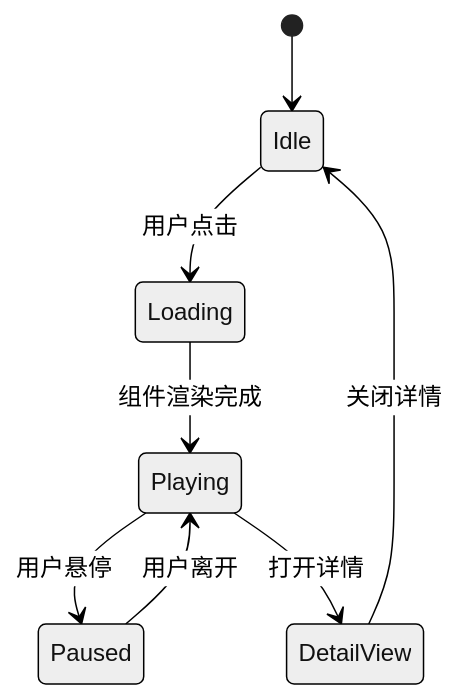
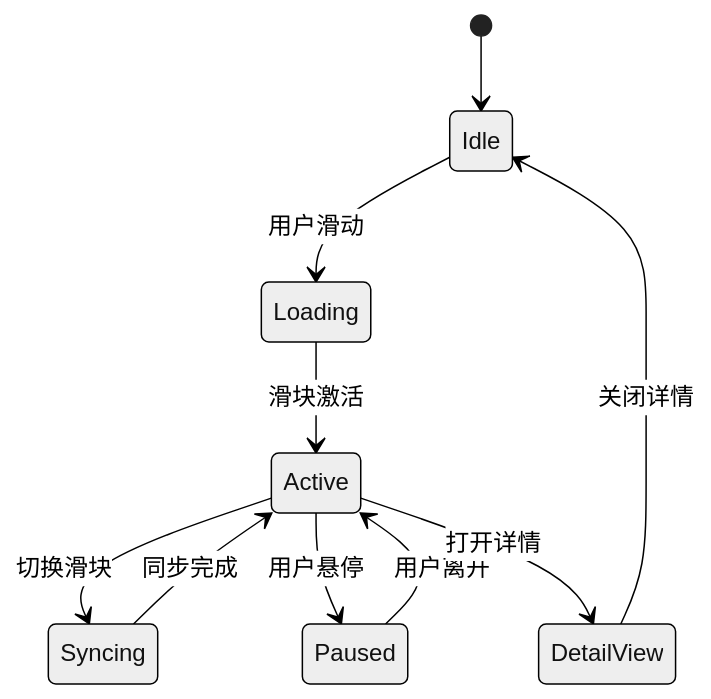
Before and after one commit to billye220670/newSquare: diagram 11 of 14 in .qoder/repowiki/zh/content/内容卡片系统/单品故事卡片.md, drawn with Mermaid (neutral theme). The commit also changed other lines of this file and 7 other files, not shown here.

````diff
--- a/.qoder/repowiki/zh/content/内容卡片系统/单品故事卡片.md
+++ b/.qoder/repowiki/zh/content/内容卡片系统/单品故事卡片.md
@@ -325,10 +424,12 @@
 ```mermaid
 stateDiagram-v2
 [*] --> Idle
-Idle --> Loading : 用户点击
-Loading --> Playing : 组件渲染完成
-Playing --> Paused : 用户悬停
-Paused --> Playing : 用户离开
-Playing --> DetailView : 打开详情
+Idle --> Loading : 用户滑动
+Loading --> Active : 滑块激活
+Active --> Syncing : 切换滑块
+Syncing --> Active : 同步完成
+Active --> Paused : 用户悬停
+Paused --> Active : 用户离开
+Active --> DetailView : 打开详情
 DetailView --> Idle : 关闭详情
 ```
````
